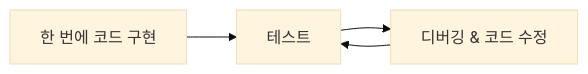
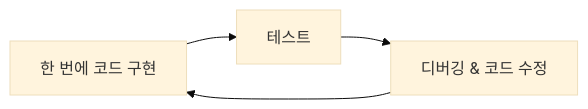
One commit to dorbae/tdd-study changed the first of 2 diagrams in README.md. Above: the diagram before and after it, drawn with Mermaid (base theme). The commit also changed other lines of this file, not shown here.

Commit message:
Flowchart 오류 수정

````diff
--- a/README.md
+++ b/README.md
@@ -18,6 +18,6 @@
 ```mermaid
 graph LR
     step1[한 번에 코드 구현] --> step2[테스트]
     step2 --> step3[디버깅 & 코드 수정]
-    step3 --> step2
+    step3 --> step1
 ```
````
